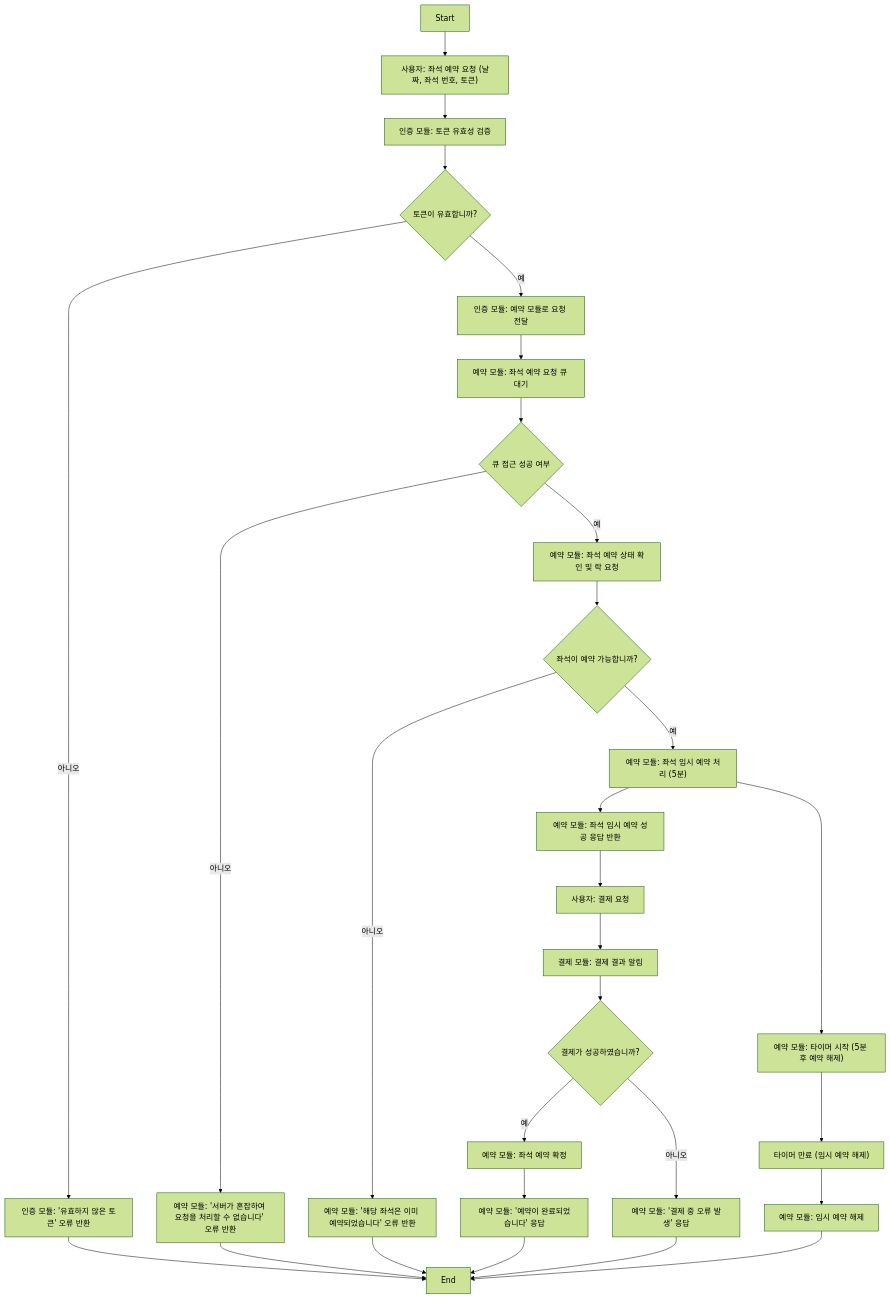
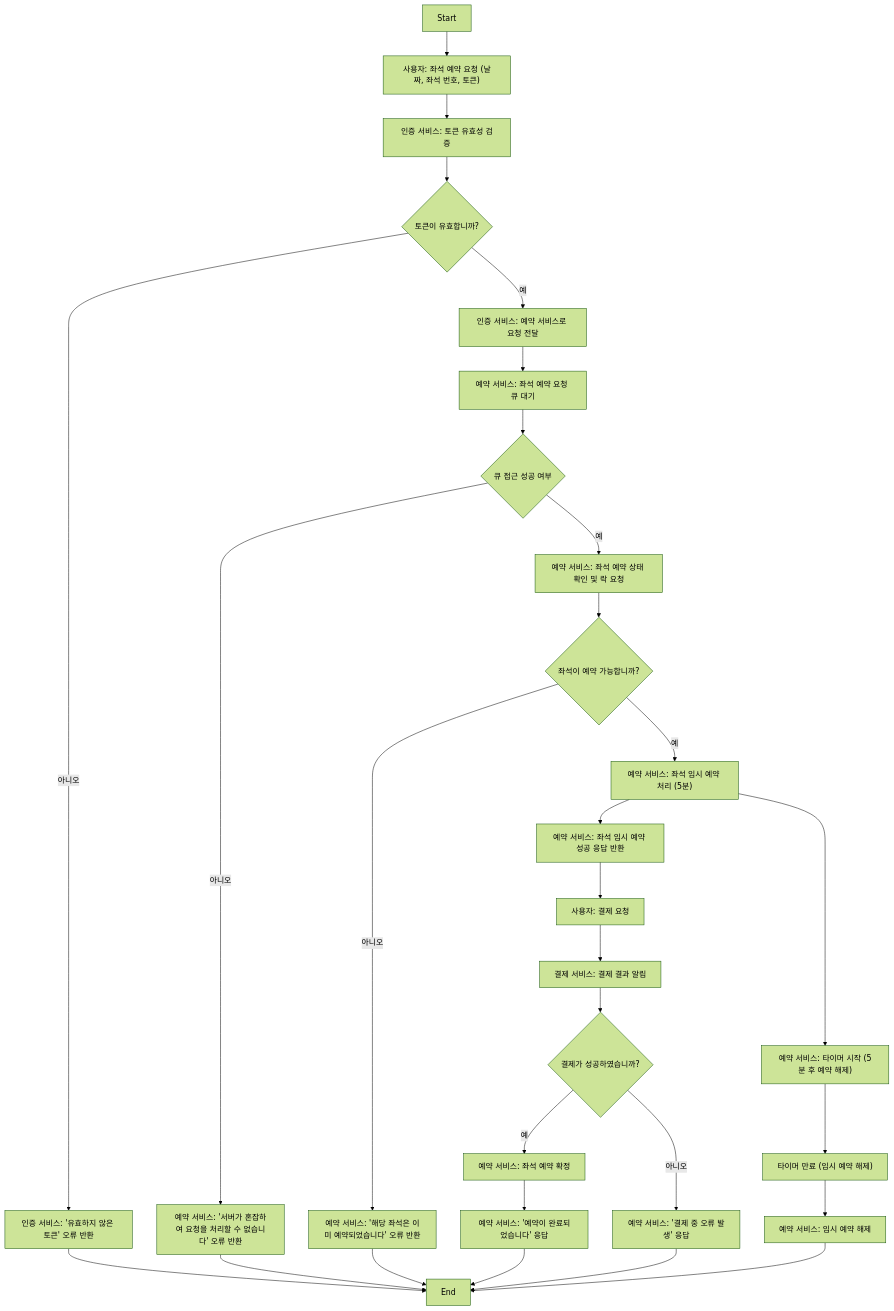
One commit to SooLee99/hhplus-concert-reservation-service changed diagram 11 of 14 in README.md. Above: the diagram before and after it, drawn with Mermaid (forest theme). The commit also changed other lines of this file, not shown here.

````diff
--- a/README.md
+++ b/README.md
@@ -453,59 +453,59 @@
 ```mermaid
 flowchart TD
     %% 노드 정의
     Start["Start"]
     A_RequestReservation["사용자: 좌석 예약 요청 (날짜, 좌석 번호, 토큰)"]
-    B_TokenValidation["인증 모듈: 토큰 유효성 검증"]
+    B_TokenValidation["인증 서비스: 토큰 유효성 검증"]
     C_TokenValid{"토큰이 유효합니까?"}
-    D_InvalidToken["인증 모듈: '유효하지 않은 토큰' 오류 반환"]
-    E_ForwardRequest["인증 모듈: 예약 모듈로 요청 전달"]
-    F_QueueWait["예약 모듈: 좌석 예약 요청 큐 대기"]
+    D_InvalidToken["인증 서비스: '유효하지 않은 토큰' 오류 반환"]
+    E_ForwardRequest["인증 서비스: 예약 서비스로 요청 전달"]
+    F_QueueWait["예약 서비스: 좌석 예약 요청 큐 대기"]
     G_QueueAccess{"큐 접근 성공 여부"}
-    H_QueueFail["예약 모듈: '서버가 혼잡하여 요청을 처리할 수 없습니다' 오류 반환"]
-    I_CheckSeat["예약 모듈: 좌석 예약 상태 확인 및 락 요청"]
+    H_QueueFail["예약 서비스: '서버가 혼잡하여 요청을 처리할 수 없습니다' 오류 반환"]
+    I_CheckSeat["예약 서비스: 좌석 예약 상태 확인 및 락 요청"]
     J_SeatAvailable{"좌석이 예약 가능합니까?"}
-    K_SeatUnavailable["예약 모듈: '해당 좌석은 이미 예약되었습니다' 오류 반환"]
-    L_TemporaryReserve["예약 모듈: 좌석 임시 예약 처리 (5분)"]
-    M_TempReserveSuccess["예약 모듈: 좌석 임시 예약 성공 응답 반환"]
+    K_SeatUnavailable["예약 서비스: '해당 좌석은 이미 예약되었습니다' 오류 반환"]
+    L_TemporaryReserve["예약 서비스: 좌석 임시 예약 처리 (5분)"]
+    M_TempReserveSuccess["예약 서비스: 좌석 임시 예약 성공 응답 반환"]
     N_PaymentRequest["사용자: 결제 요청"]
-    O_PaymentResult["결제 모듈: 결제 결과 알림"]
+    O_PaymentResult["결제 서비스: 결제 결과 알림"]
     P_PaymentSuccess{"결제가 성공하였습니까?"}
-    Q_ReservationConfirm["예약 모듈: 좌석 예약 확정"]
-    R_ReservationSuccess["예약 모듈: '예약이 완료되었습니다' 응답"]
-    S_PaymentFail["예약 모듈: '결제 중 오류 발생' 응답"]
-    T_StartTimer["예약 모듈: 타이머 시작 (5분 후 예약 해제)"]
+    Q_ReservationConfirm["예약 서비스: 좌석 예약 확정"]
+    R_ReservationSuccess["예약 서비스: '예약이 완료되었습니다' 응답"]
+    S_PaymentFail["예약 서비스: '결제 중 오류 발생' 응답"]
+    T_StartTimer["예약 서비스: 타이머 시작 (5분 후 예약 해제)"]
     U_TimerExpired["타이머 만료 (임시 예약 해제)"]
-    V_ReleaseSeat["예약 모듈: 임시 예약 해제"]
+    V_ReleaseSeat["예약 서비스: 임시 예약 해제"]
     W_End["End"]
 
     %% 흐름 연결
     Start --> A_RequestReservation
     A_RequestReservation --> B_TokenValidation
     B_TokenValidation --> C_TokenValid
 
     C_TokenValid -- "아니오" --> D_InvalidToken --> W_End
     C_TokenValid -- "예" --> E_ForwardRequest
 
     E_ForwardRequest --> F_QueueWait
     F_QueueWait --> G_QueueAccess
 
     G_QueueAccess -- "아니오" --> H_QueueFail --> W_End
     G_QueueAccess -- "예" --> I_CheckSeat
 
     I_CheckSeat --> J_SeatAvailable
     J_SeatAvailable -- "아니오" --> K_SeatUnavailable --> W_End
     J_SeatAvailable -- "예" --> L_TemporaryReserve
 
     L_TemporaryReserve --> M_TempReserveSuccess
     M_TempReserveSuccess --> N_PaymentRequest
     N_PaymentRequest --> O_PaymentResult
     O_PaymentResult --> P_PaymentSuccess
 
     P_PaymentSuccess -- "예" --> Q_ReservationConfirm --> R_ReservationSuccess --> W_End
     P_PaymentSuccess -- "아니오" --> S_PaymentFail --> W_End
 
     %% 타이머 및 임시 예약 만료 처리
     L_TemporaryReserve --> T_StartTimer
     T_StartTimer --> U_TimerExpired
     U_TimerExpired --> V_ReleaseSeat --> W_End
 ```
````
